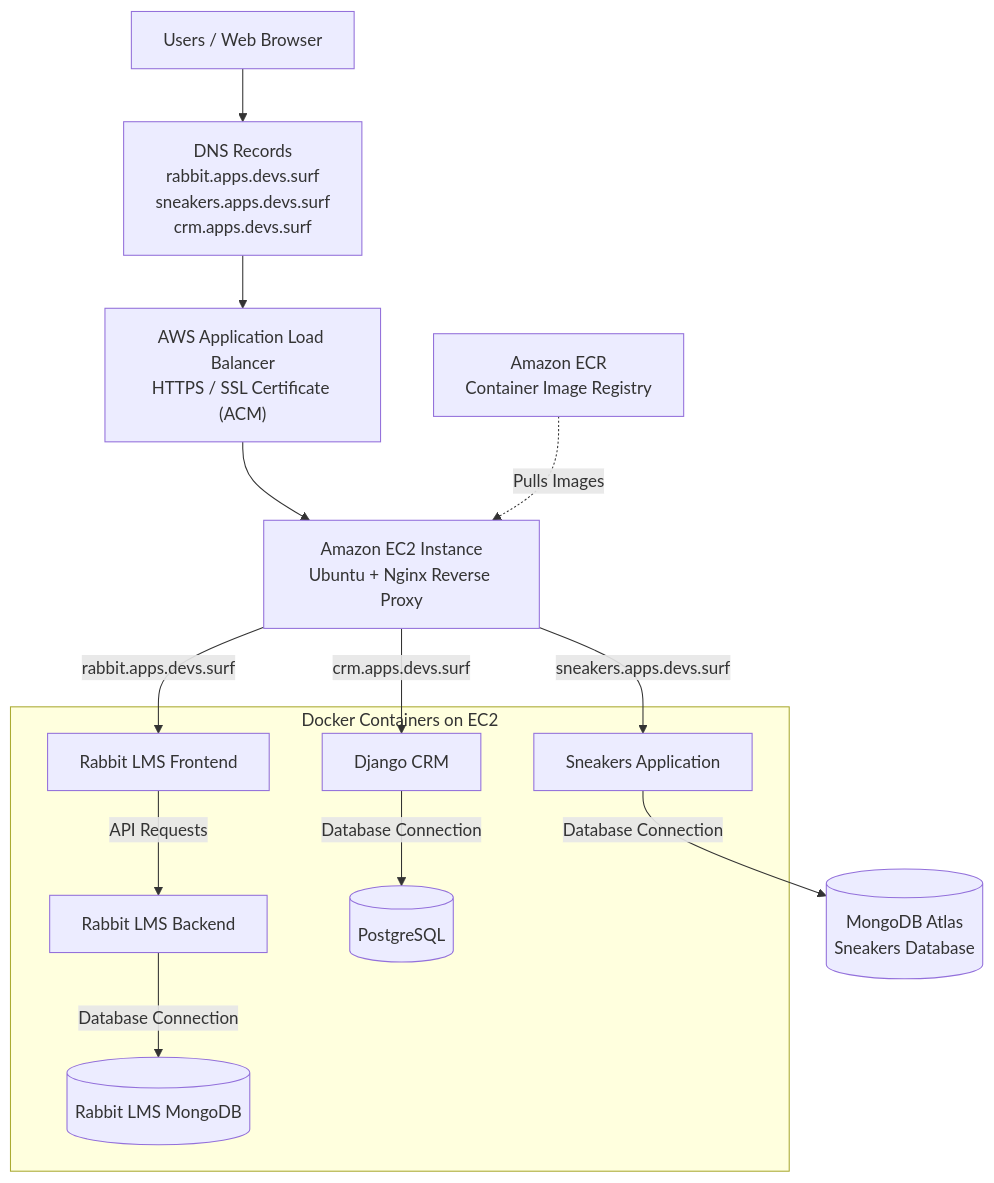
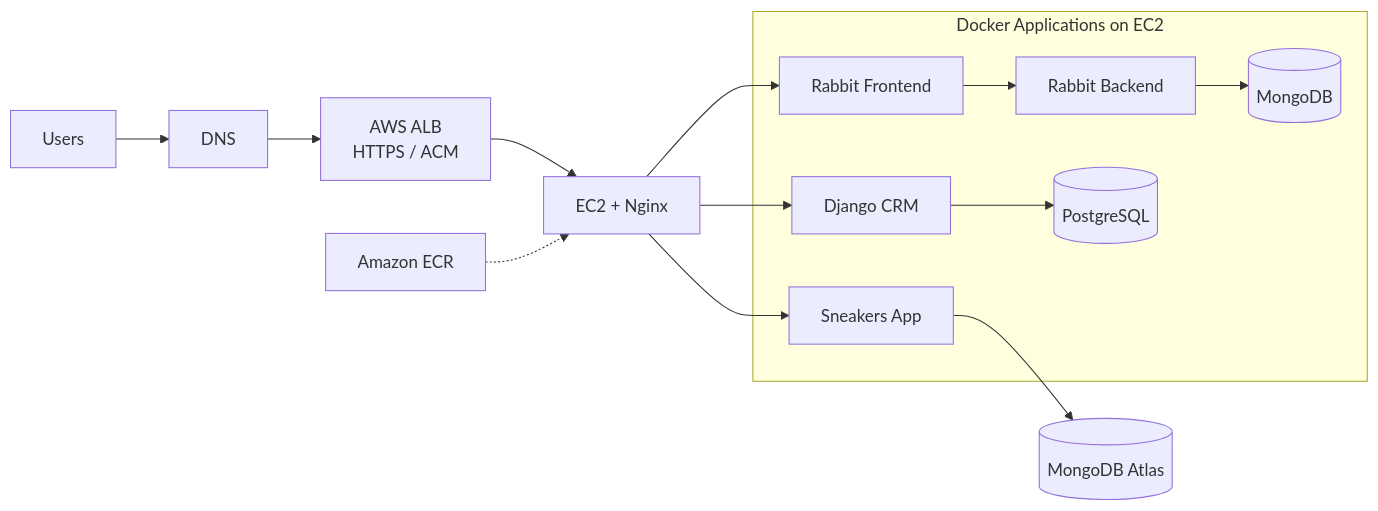
One commit to Ada045/Aws-multi-app-hosting-infrastructure changed the diagram in README.md. Above: the diagram before and after it, drawn with Mermaid.

Commit message:
Revise architecture diagram in README
Updated the architecture diagram to reflect changes in the flow and components.

````diff
--- a/README.md
+++ b/README.md
@@ -18,35 +18,22 @@
 ```mermaid
-flowchart TD
-    U["Users / Web Browser"]
+flowchart LR
+    U["Users"] --> DNS["DNS"]
+    DNS --> ALB["AWS ALB<br/>HTTPS / ACM"]
+    ALB --> EC2["EC2 + Nginx"]
 
-    DNS["DNS Records<br/>rabbit.apps.devs.surf<br/>sneakers.apps.devs.surf<br/>crm.apps.devs.surf"]
+    subgraph APPS["Docker Applications on EC2"]
+        RF["Rabbit Frontend"] --> RB["Rabbit Backend"]
+        RB --> RM[("MongoDB")]
 
-    ALB["AWS Application Load Balancer<br/>HTTPS / SSL Certificate (ACM)"]
-
-    EC2["Amazon EC2 Instance<br/>Ubuntu + Nginx Reverse Proxy"]
-
-    U --> DNS
-    DNS --> ALB
-    ALB --> EC2
-
-    EC2 -->|"rabbit.apps.devs.surf"| RF["Rabbit LMS Frontend"]
-    RF -->|"API Requests"| RB["Rabbit LMS Backend"]
-    RB -->|"Database Connection"| RM[("Rabbit LMS MongoDB")]
-
-    EC2 -->|"sneakers.apps.devs.surf"| SN["Sneakers Application"]
-    SN -->|"Database Connection"| ATLAS[("MongoDB Atlas<br/>Sneakers Database")]
-
-    EC2 -->|"crm.apps.devs.surf"| CRM["Django CRM"]
-    CRM -->|"Database Connection"| PG[("PostgreSQL")]
-
-    subgraph HOST["Docker Containers on EC2"]
-        RF
-        RB
-        RM
-        SN
-        CRM
-        PG
+        SN["Sneakers App"]
+        CRM["Django CRM"] --> PG[("PostgreSQL")]
     end
 
-    ECR["Amazon ECR<br/>Container Image Registry"] -.->|"Pulls Images"| EC2
+    EC2 --> RF
+    EC2 --> SN
+    EC2 --> CRM
+
+    SN --> ATLAS[("MongoDB Atlas")]
+
+    ECR["Amazon ECR"] -.-> EC2
 ```
````
